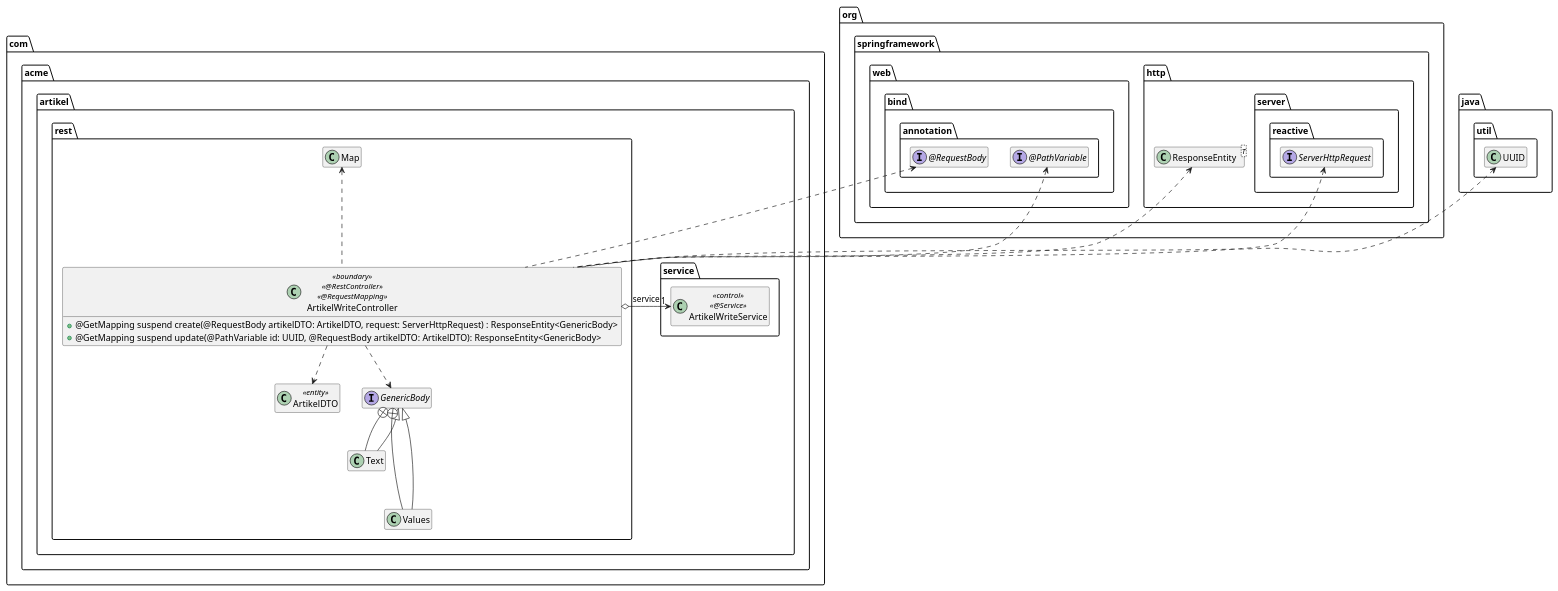
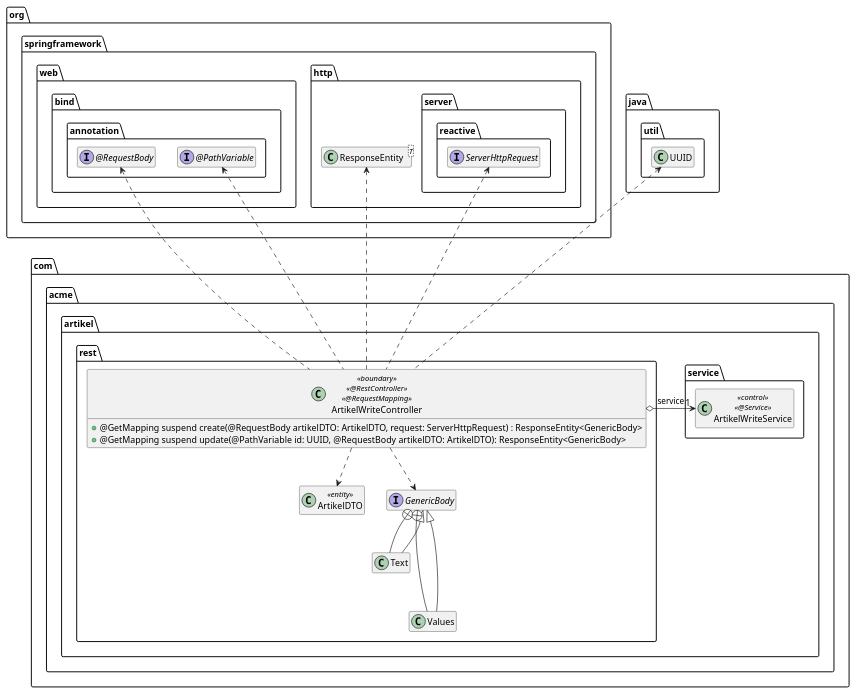
One commit to AlexanderStecknitz/Softwarearchitektur-Springframework changed the diagram in extras/doc/ArtikelWriteController.puml. Above: the diagram before and after it, drawn with PlantUML.

Commit message:
UPDATED ArtikelWriteController.puml UML deleted Map

```diff
--- a/extras/doc/ArtikelWriteController.puml
+++ b/extras/doc/ArtikelWriteController.puml
@@ -1,67 +1,65 @@
 @startuml
 
 package org.springframework {
     package web.bind.annotation {
         interface "@PathVariable" as PathVariable
 
         interface "@RequestBody" as RequestBody
     }
 
     package http {
         class ResponseEntity<T>
 
         package server.reactive {
             interface ServerHttpRequest
         }
     }
 }
 
 package java.util {
     class UUID
 }
 
 package com.acme.artikel {
 
     package service {
         class ArtikelWriteService << control >> << @Service >>
     }
 
     package rest {
 
         class ArtikelDTO <<entity>>
 
         interface GenericBody
         class Text
         class Values
         GenericBody +-- Text
         GenericBody <|-- Text
         GenericBody +--- Values
         GenericBody <|-- Values
 
         class ArtikelWriteController << boundary >> << @RestController >> << @RequestMapping >> {
             + @GetMapping suspend create(@RequestBody artikelDTO: ArtikelDTO, request: ServerHttpRequest) : ResponseEntity<GenericBody>
             + @GetMapping suspend update(@PathVariable id: UUID, @RequestBody artikelDTO: ArtikelDTO): ResponseEntity<GenericBody>
         }
 
         ArtikelWriteController o-right-> "1" ArtikelWriteService : service
 
         ArtikelWriteController ..> ArtikelDTO
         ArtikelWriteController ..> GenericBody
 
         ArtikelWriteController .up.> ResponseEntity
         ArtikelWriteController .up.> ServerHttpRequest
 
         ArtikelWriteController .up.> PathVariable
         ArtikelWriteController .up.> RequestBody
 
-        ArtikelWriteController .up.> Map
-
         ArtikelWriteController .up.> UUID
 
     }
 
 }
 
 hide empty members
 
 @enduml
```
